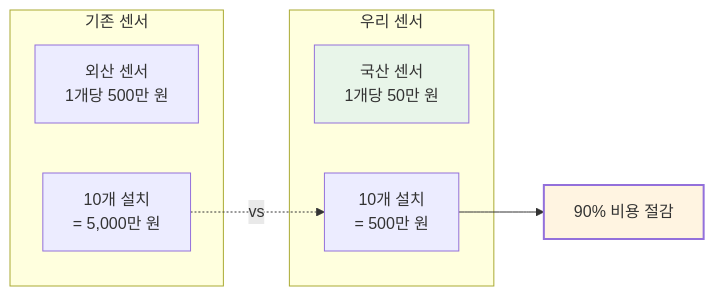
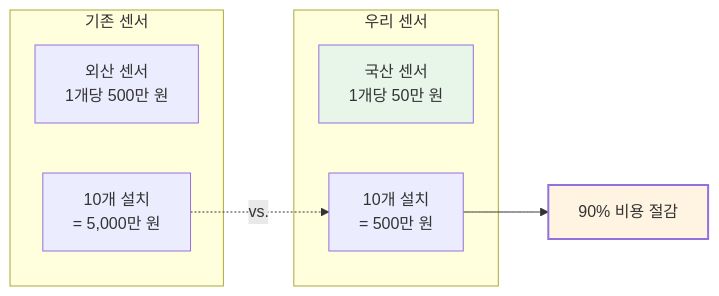
One commit to moobaek/Testing_AI_agents_for_public_use changed the sixth of 11 diagrams in portfolio/Executive_Summary/03_Technology_Simplified.md. Above: the diagram before and after it, drawn with Mermaid. The commit also changed other lines of this file and 14 other files, not shown here.

First line of the commit message:
fix: standardize Mermaid syntax for Obsidian compatibility across all portfolio documents

````diff
--- a/portfolio/Executive_Summary/03_Technology_Simplified.md
+++ b/portfolio/Executive_Summary/03_Technology_Simplified.md
@@ -187,19 +187,19 @@
 ```mermaid
 graph LR
     subgraph "기존 센서"
-        O1[외산 센서<br/>1개당 500만 원]
-        O2[10개 설치<br/>= 5,000만 원]
+        O1["외산 센서<br/>1개당 500만 원"]
+        O2["10개 설치<br/>= 5,000만 원"]
     end
     
     subgraph "우리 센서"
-        N1[국산 센서<br/>1개당 50만 원]
-        N2[10개 설치<br/>= 500만 원]
+        N1["국산 센서<br/>1개당 50만 원"]
+        N2["10개 설치<br/>= 500만 원"]
     end
     
-    O2 -.vs.-> N2
+    O2 -. "vs." .-> N2
     
-    N2 --> R[90% 비용 절감]
+    N2 --> R["90% 비용 절감"]
     
     style N1 fill:#e8f5e9
     style R fill:#fff4e1,stroke-width:2px
 ```
````
